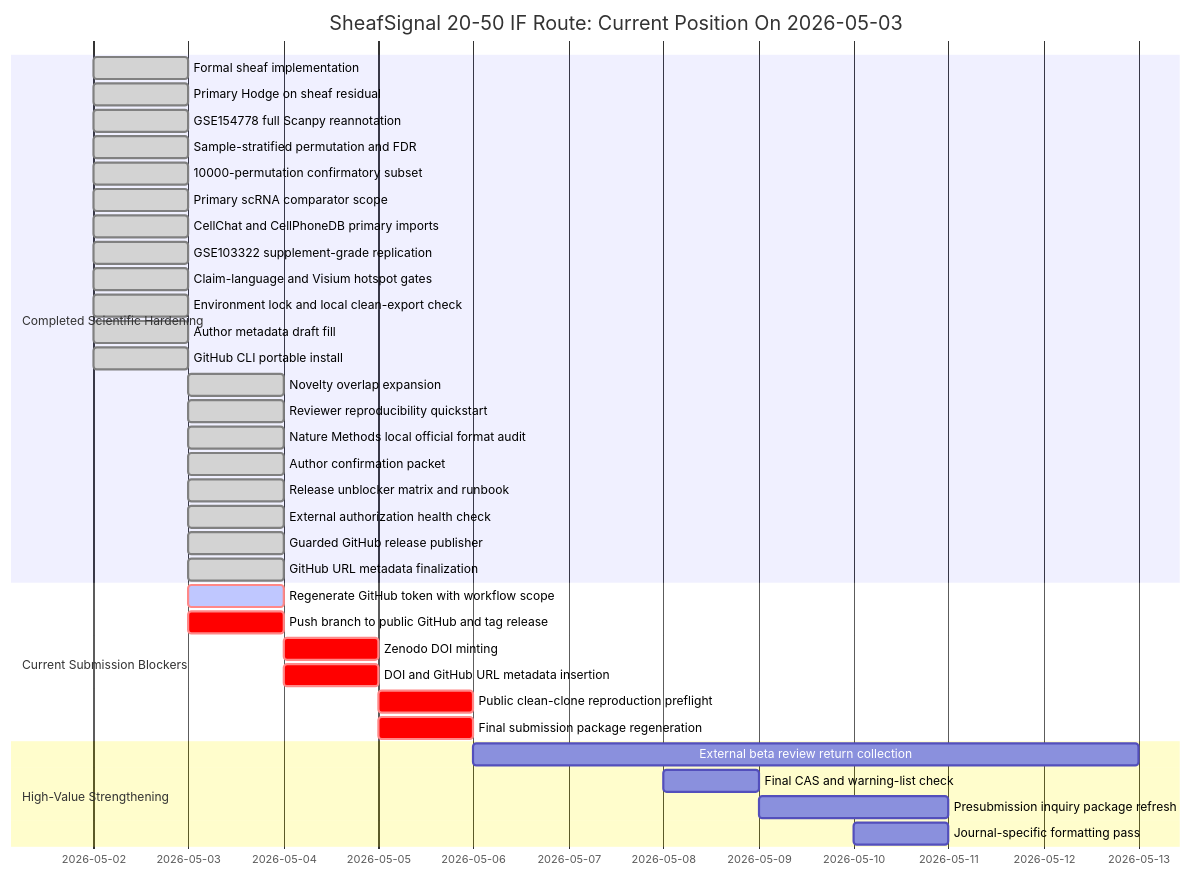
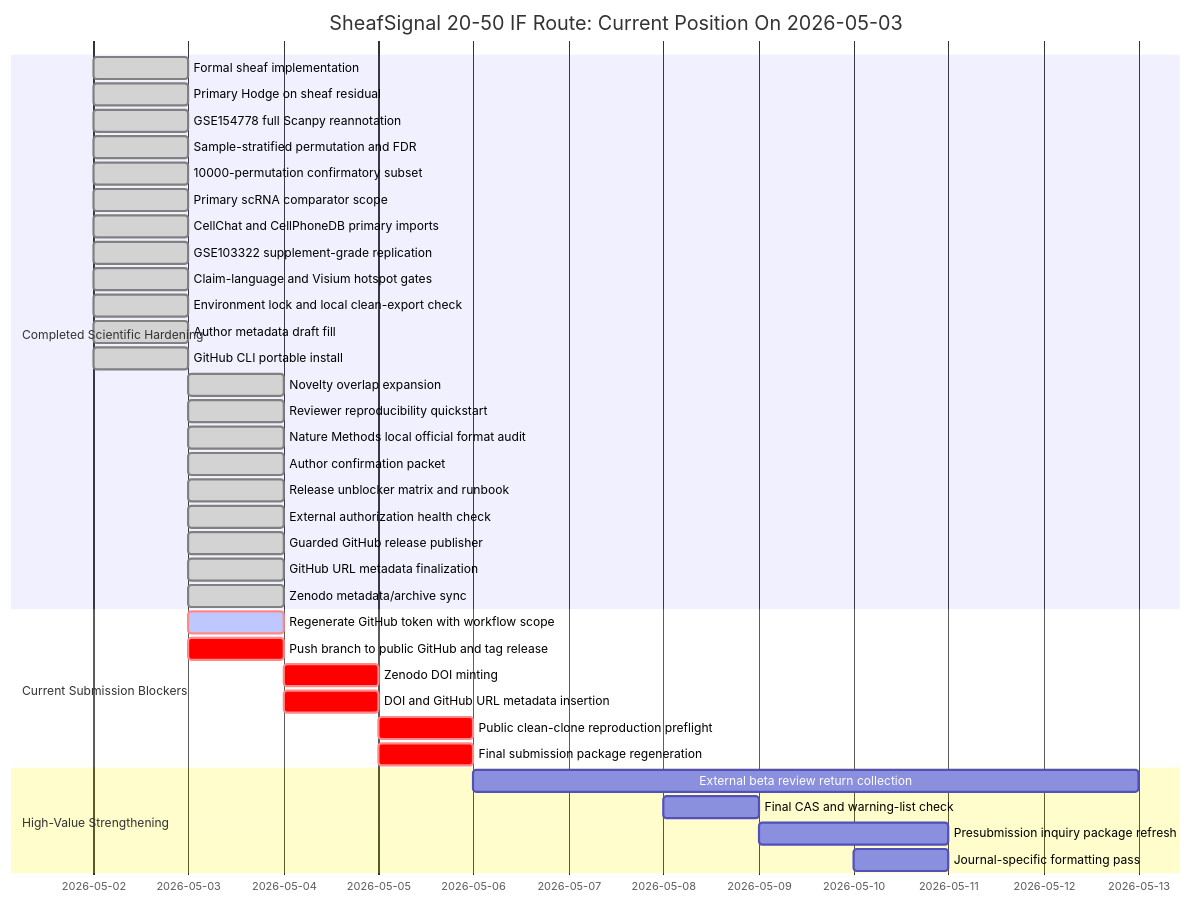
The diagram in manuscript/SHEAFSIGNAL_STATUS_DASHBOARD_2026-05-03.md (healthgreat/SheafSignal), drawn with Mermaid before and after one commit. The commit also changed other lines of this file and 11 other files, not shown here.

Commit message:
Sync Zenodo metadata with release archive

````diff
--- a/manuscript/SHEAFSIGNAL_STATUS_DASHBOARD_2026-05-03.md
+++ b/manuscript/SHEAFSIGNAL_STATUS_DASHBOARD_2026-05-03.md
@@ -115,41 +118,42 @@
 ```mermaid
 gantt
     title SheafSignal 20-50 IF Route: Current Position On 2026-05-03
     dateFormat  YYYY-MM-DD
 
     section Completed Scientific Hardening
     Formal sheaf implementation                    :done, 2026-05-02, 1d
     Primary Hodge on sheaf residual                :done, 2026-05-02, 1d
     GSE154778 full Scanpy reannotation             :done, 2026-05-02, 1d
     Sample-stratified permutation and FDR          :done, 2026-05-02, 1d
     10000-permutation confirmatory subset          :done, 2026-05-02, 1d
     Primary scRNA comparator scope                 :done, 2026-05-02, 1d
     CellChat and CellPhoneDB primary imports       :done, 2026-05-02, 1d
     GSE103322 supplement-grade replication         :done, 2026-05-02, 1d
     Claim-language and Visium hotspot gates        :done, 2026-05-02, 1d
     Environment lock and local clean-export check  :done, 2026-05-02, 1d
     Author metadata draft fill                     :done, 2026-05-02, 1d
     GitHub CLI portable install                    :done, 2026-05-02, 1d
     Novelty overlap expansion                      :done, 2026-05-03, 1d
     Reviewer reproducibility quickstart            :done, 2026-05-03, 1d
     Nature Methods local official format audit     :done, 2026-05-03, 1d
     Author confirmation packet                     :done, 2026-05-03, 1d
     Release unblocker matrix and runbook           :done, 2026-05-03, 1d
     External authorization health check            :done, 2026-05-03, 1d
     Guarded GitHub release publisher              :done, 2026-05-03, 1d
     GitHub URL metadata finalization               :done, 2026-05-03, 1d
+    Zenodo metadata/archive sync                   :done, 2026-05-03, 1d
 
     section Current Submission Blockers
     Regenerate GitHub token with workflow scope    :crit, active, 2026-05-03, 1d
     Push branch to public GitHub and tag release   :crit, 2026-05-03, 1d
     Zenodo DOI minting                             :crit, 2026-05-04, 1d
     DOI and GitHub URL metadata insertion          :crit, 2026-05-04, 1d
     Public clean-clone reproduction preflight      :crit, 2026-05-05, 1d
     Final submission package regeneration          :crit, 2026-05-05, 1d
 
     section High-Value Strengthening
     External beta review return collection         :2026-05-06, 7d
     Final CAS and warning-list check               :2026-05-08, 1d
     Presubmission inquiry package refresh          :2026-05-09, 2d
     Journal-specific formatting pass               :2026-05-10, 1d
 ```
````
